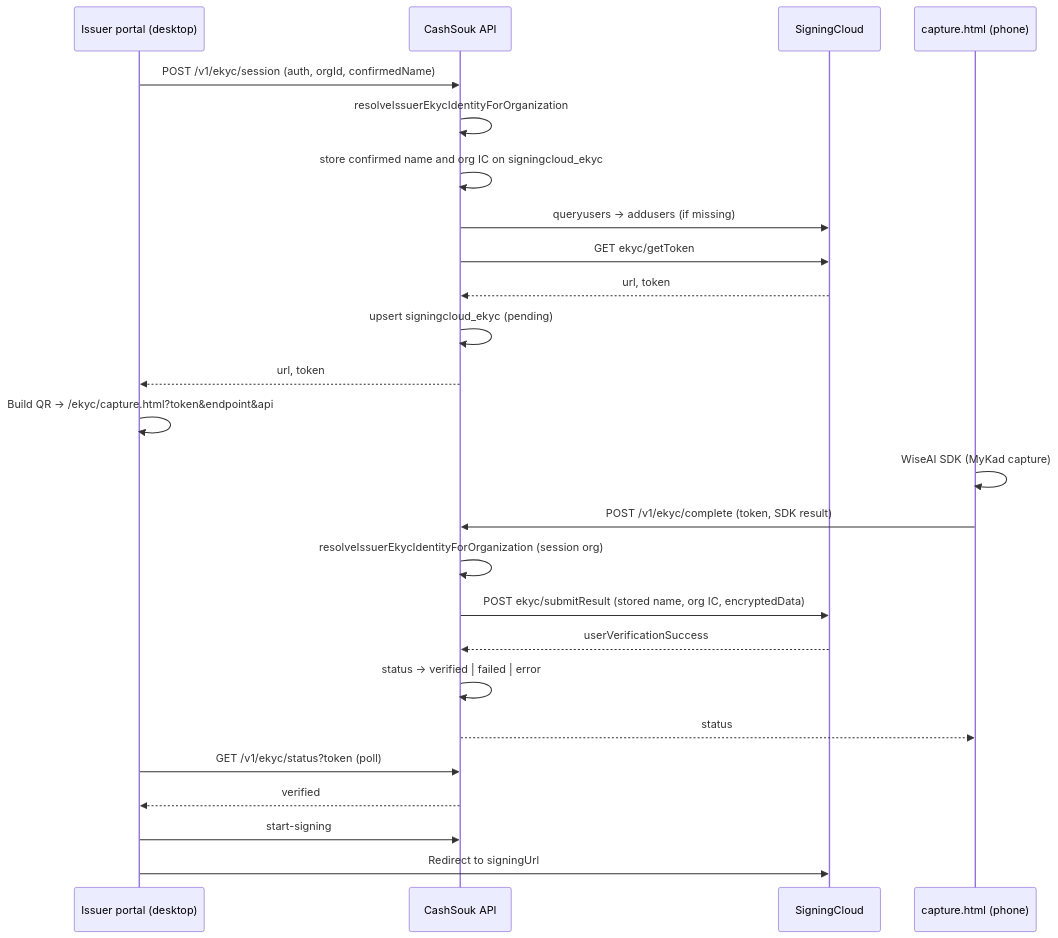
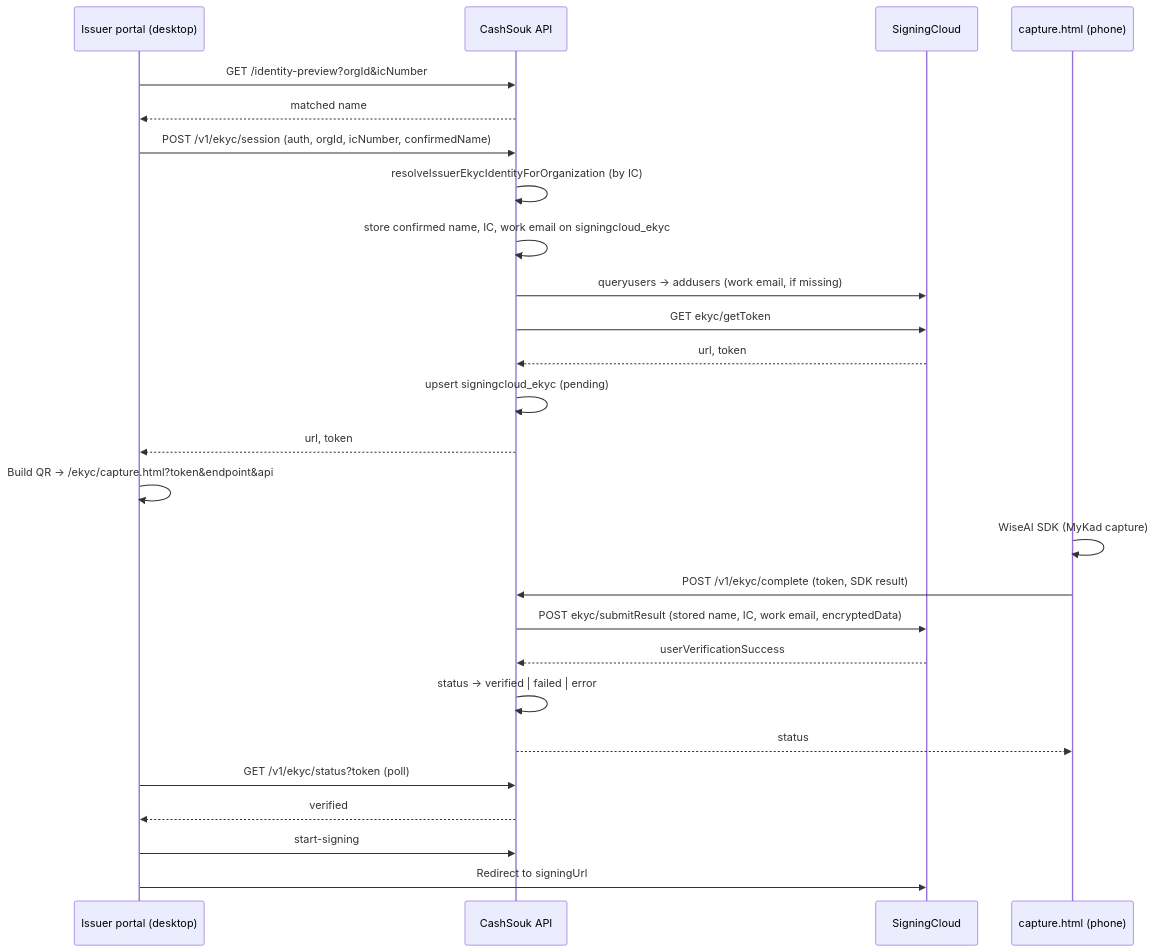
Before and after one commit to Malcan-Technologies/shoraka: the diagram in docs/integrations/signingcloud-ekyc-flow.md, drawn with Mermaid. The commit also changed other lines of this file and 13 other files, not shown here.

````diff
--- a/docs/integrations/signingcloud-ekyc-flow.md
+++ b/docs/integrations/signingcloud-ekyc-flow.md
@@ -21,30 +21,31 @@
 ```mermaid
 sequenceDiagram
   participant Desktop as Issuer portal (desktop)
   participant API as CashSouk API
   participant SC as SigningCloud
   participant Mobile as capture.html (phone)
 
-  Desktop->>API: POST /v1/ekyc/session (auth, orgId, confirmedName)
-  API->>API: resolveIssuerEkycIdentityForOrganization
-  API->>API: store confirmed name and org IC on signingcloud_ekyc
-  API->>SC: queryusers → addusers (if missing)
+  Desktop->>API: GET /identity-preview?orgId&icNumber
+  API-->>Desktop: matched name
+  Desktop->>API: POST /v1/ekyc/session (auth, orgId, icNumber, confirmedName)
+  API->>API: resolveIssuerEkycIdentityForOrganization (by IC)
+  API->>API: store confirmed name, IC, work email on signingcloud_ekyc
+  API->>SC: queryusers → addusers (work email, if missing)
   API->>SC: GET ekyc/getToken
   SC-->>API: url, token
   API->>API: upsert signingcloud_ekyc (pending)
   API-->>Desktop: url, token
   Desktop->>Desktop: Build QR → /ekyc/capture.html?token&endpoint&api
 
   Mobile->>Mobile: WiseAI SDK (MyKad capture)
   Mobile->>API: POST /v1/ekyc/complete (token, SDK result)
-  API->>API: resolveIssuerEkycIdentityForOrganization (session org)
-  API->>SC: POST ekyc/submitResult (stored name, org IC, encryptedData)
+  API->>SC: POST ekyc/submitResult (stored name, IC, work email, encryptedData)
   SC-->>API: userVerificationSuccess
   API->>API: status → verified | failed | error
   API-->>Mobile: status
 
   Desktop->>API: GET /v1/ekyc/status?token (poll)
   API-->>Desktop: verified
   Desktop->>API: start-signing
   Desktop->>SC: Redirect to signingUrl
 ```
````
